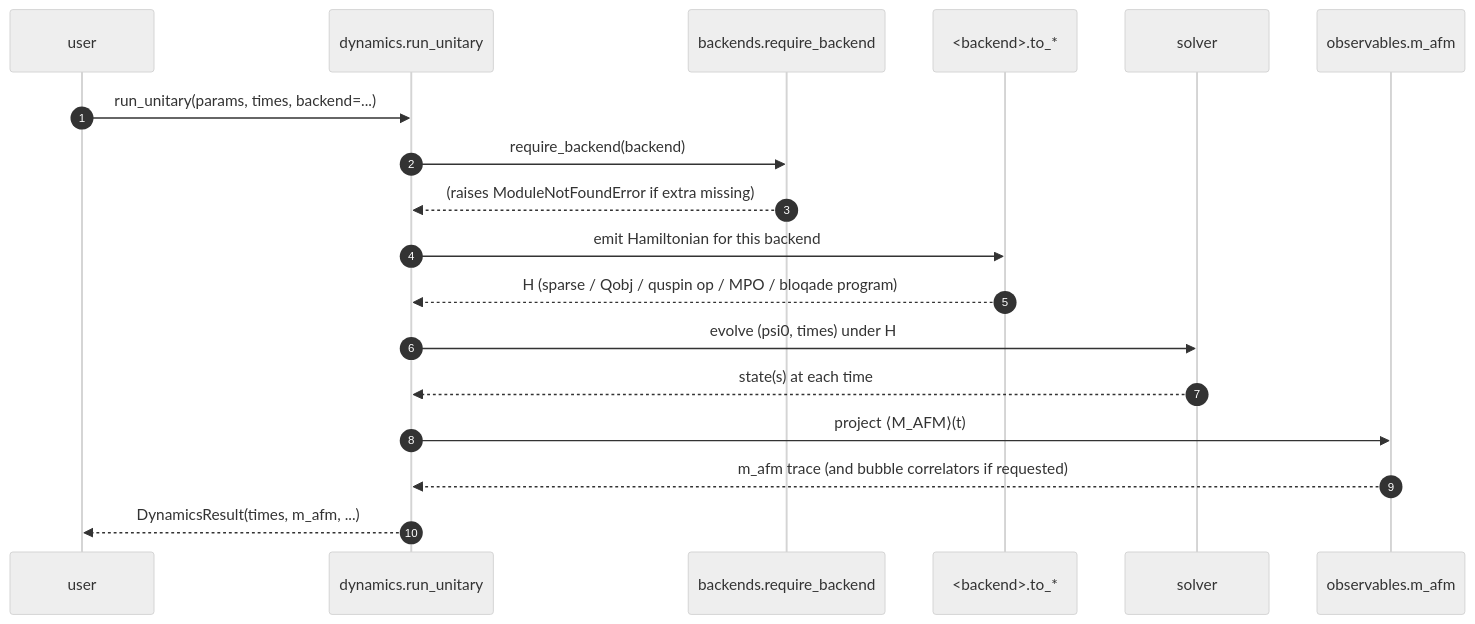
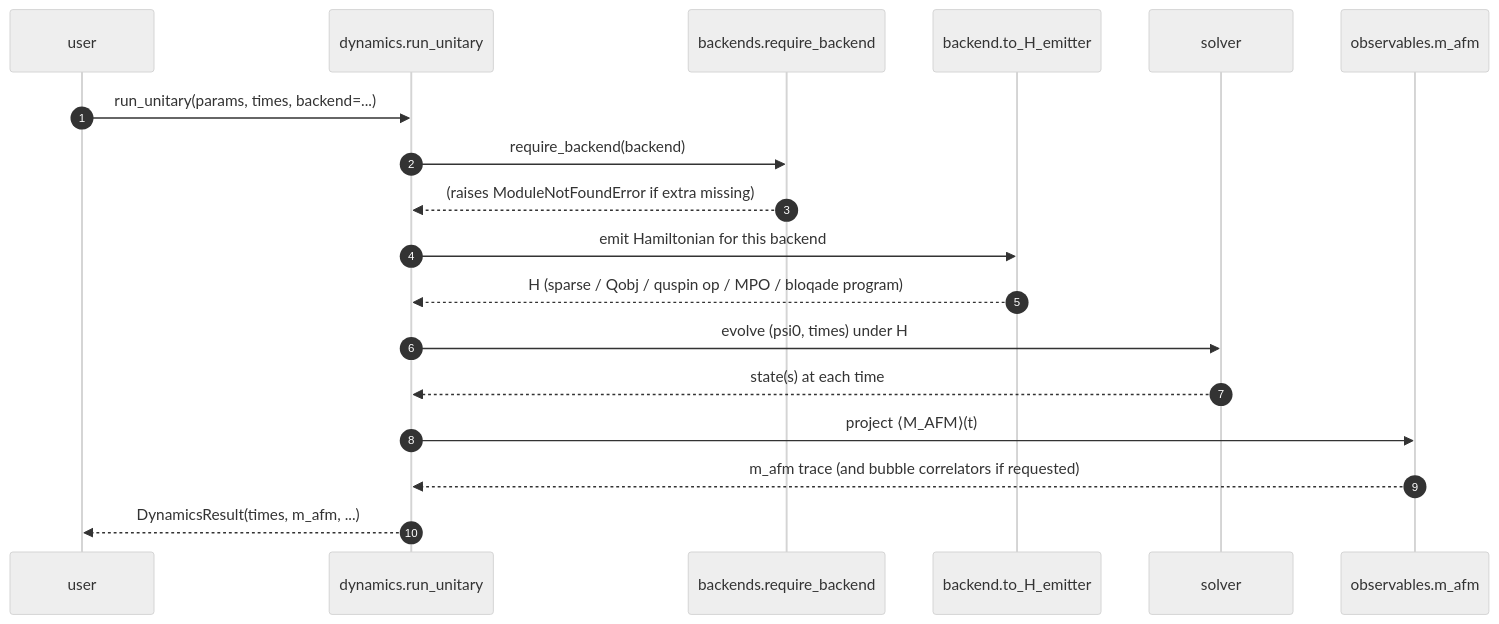
One commit to sonoransun/rydbergtrampoline changed the first of 2 diagrams in docs/architecture.md. Above: the diagram before and after it, drawn with Mermaid (neutral theme). The commit also changed 30 other files, not shown here.

````diff
--- a/docs/architecture.md
+++ b/docs/architecture.md
@@ -55,20 +55,20 @@
 ```mermaid
 sequenceDiagram
     autonumber
     participant U as user
     participant D as dynamics.run_unitary
     participant R as backends.require_backend
-    participant E as <backend>.to_*
+    participant E as backend.to_H_emitter
     participant S as solver
     participant O as observables.m_afm
     U->>D: run_unitary(params, times, backend=...)
     D->>R: require_backend(backend)
     R-->>D: (raises ModuleNotFoundError if extra missing)
     D->>E: emit Hamiltonian for this backend
     E-->>D: H (sparse / Qobj / quspin op / MPO / bloqade program)
     D->>S: evolve (psi0, times) under H
     S-->>D: state(s) at each time
     D->>O: project ⟨M_AFM⟩(t)
     O-->>D: m_afm trace (and bubble correlators if requested)
     D-->>U: DynamicsResult(times, m_afm, ...)
 ```
````
